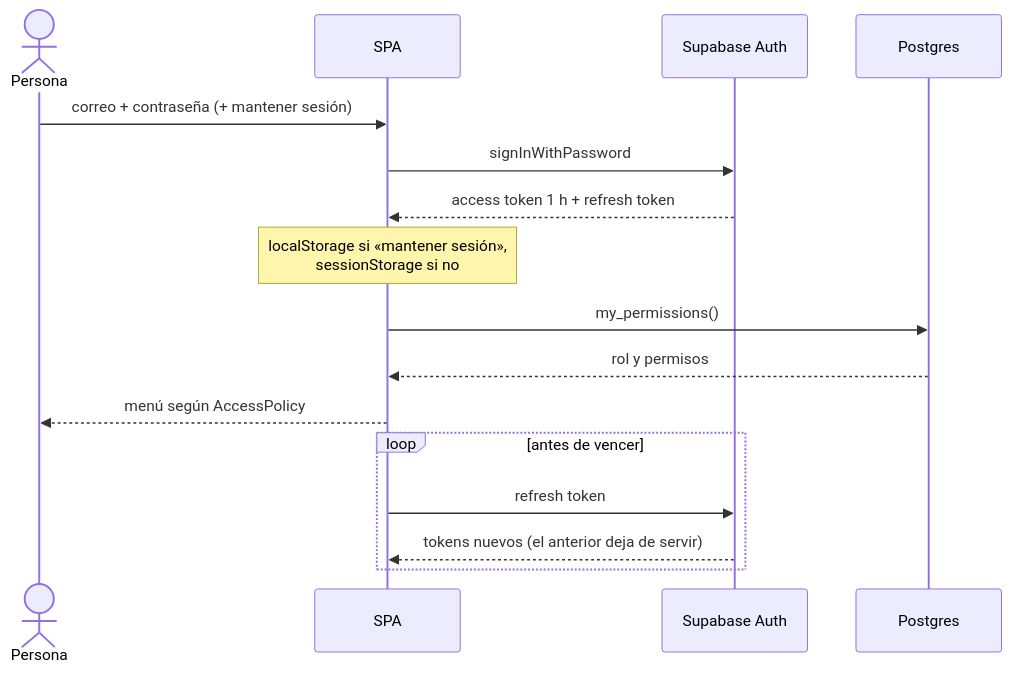
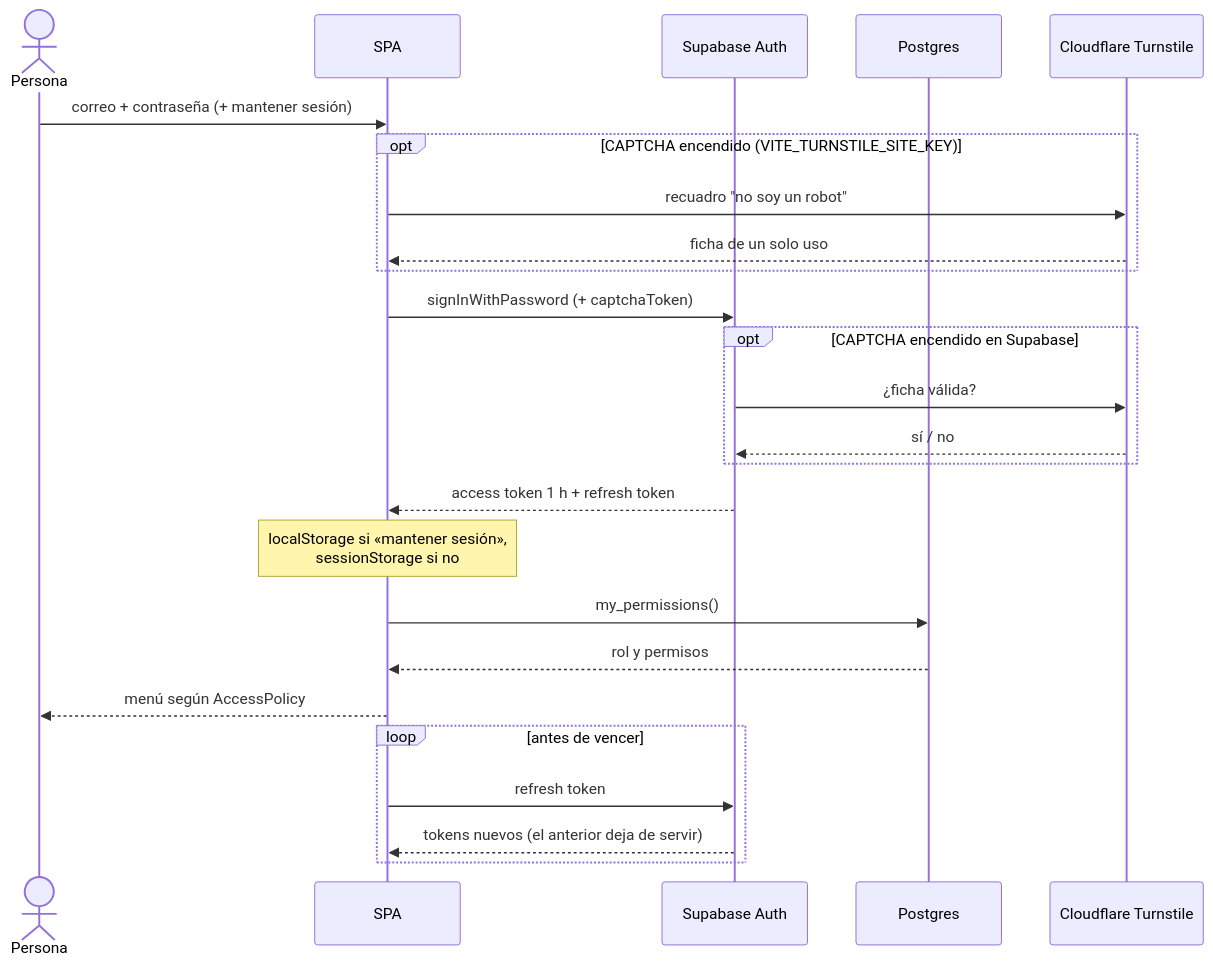
One commit to Juan-Carlos-Estevez-Vargas/Camila-Sanchez changed the fourth of 41 diagrams in docs/DIAGRAMAS.md. Above: the diagram before and after it, drawn with Mermaid. The commit also changed other lines of this file and 20 other files, not shown here.

First line of the commit message:
feat(seguridad): CAPTCHA opcional con Cloudflare Turnstile

````diff
--- a/docs/DIAGRAMAS.md
+++ b/docs/DIAGRAMAS.md
@@ -109,19 +109,29 @@
 ```mermaid
 sequenceDiagram
   actor U as Persona
   participant App as SPA
   participant Auth as Supabase Auth
   participant DB as Postgres
 
+  participant CF as Cloudflare Turnstile
+
   U->>App: correo + contraseña (+ mantener sesión)
-  App->>Auth: signInWithPassword
+  opt CAPTCHA encendido (VITE_TURNSTILE_SITE_KEY)
+    App->>CF: recuadro "no soy un robot"
+    CF-->>App: ficha de un solo uso
+  end
+  App->>Auth: signInWithPassword (+ captchaToken)
+  opt CAPTCHA encendido en Supabase
+    Auth->>CF: ¿ficha válida?
+    CF-->>Auth: sí / no
+  end
   Auth-->>App: access token 1 h + refresh token
   Note over App: localStorage si «mantener sesión»,<br/>sessionStorage si no
   App->>DB: my_permissions()
   DB-->>App: rol y permisos
   App-->>U: menú según AccessPolicy
   loop antes de vencer
     App->>Auth: refresh token
     Auth-->>App: tokens nuevos (el anterior deja de servir)
   end
 ```
````
